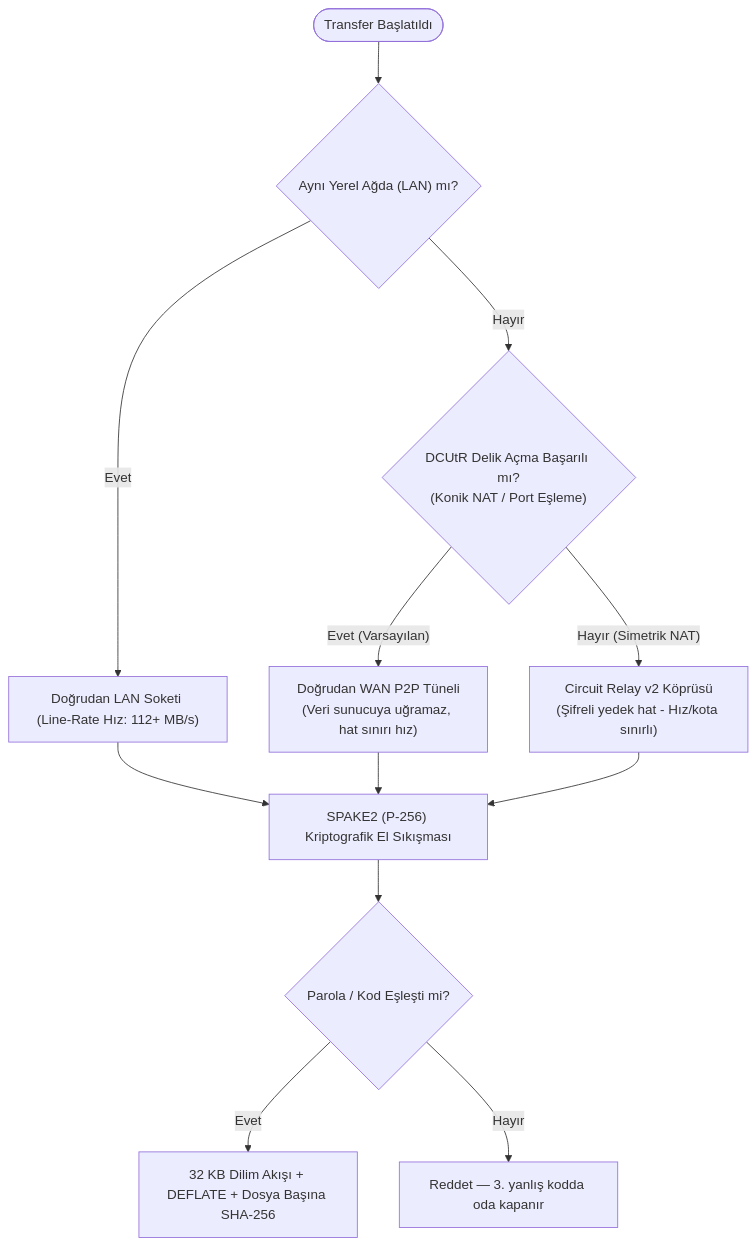
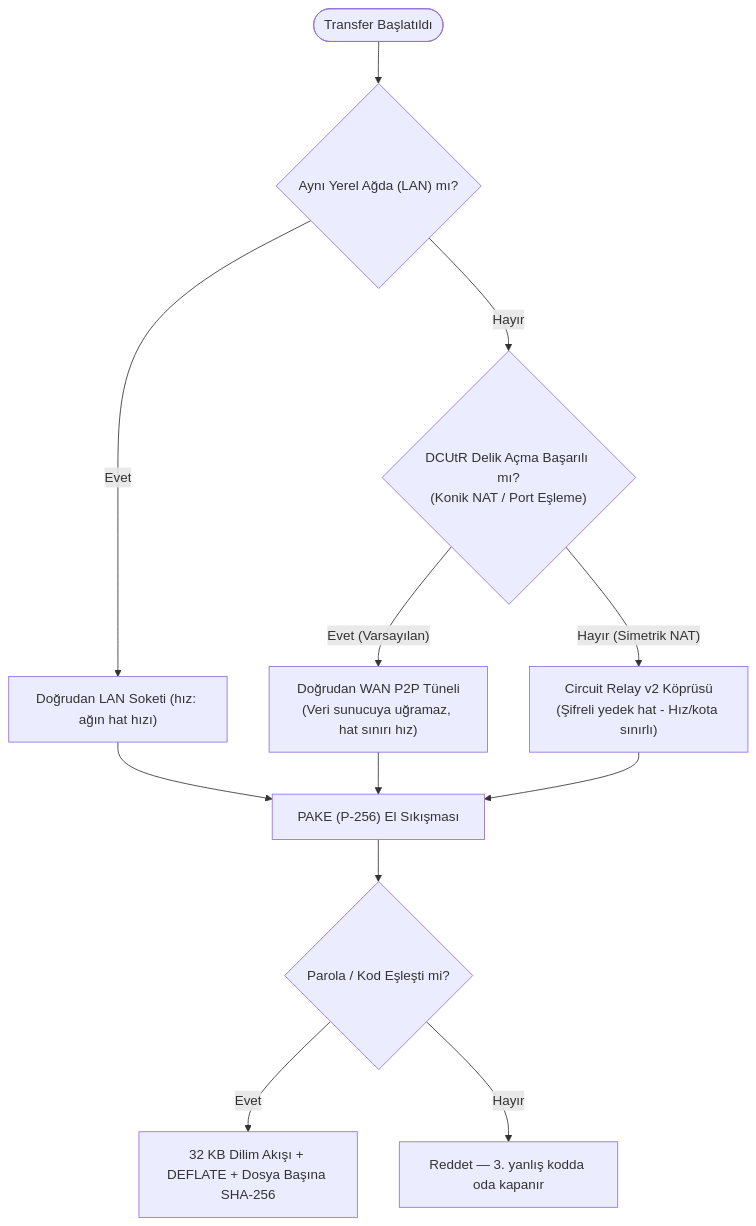
The third of 3 diagrams in docs/ARCHITECTURE.md (Baaaki/P2P-FileTransfer-Project), drawn with Mermaid before and after one commit. The commit also changed other lines of this file and 2 other files, not shown here.

First line of the commit message:
docs: describe the handshake as PAKE and the relay as a real fallback

````diff
--- a/docs/ARCHITECTURE.md
+++ b/docs/ARCHITECTURE.md
@@ -94,18 +94,18 @@
 ```mermaid
 flowchart TD
     Start(["Transfer Başlatıldı"]) --> DirectLAN{"Aynı Yerel Ağda (LAN) mı?"}
     
-    DirectLAN -- "Evet" --> UseLAN["Doğrudan LAN Soketi (Line-Rate Hız: 112+ MB/s)"]
+    DirectLAN -- "Evet" --> UseLAN["Doğrudan LAN Soketi (hız: ağın hat hızı)"]
     DirectLAN -- "Hayır" --> HolePunch{"DCUtR Delik Açma Başarılı mı?<br/>(Konik NAT / Port Eşleme)"}
     
     HolePunch -- "Evet (Varsayılan)" --> UseDirectWAN["Doğrudan WAN P2P Tüneli<br/>(Veri sunucuya uğramaz, hat sınırı hız)"]
     HolePunch -- "Hayır (Simetrik NAT)" --> RelayFallback["Circuit Relay v2 Köprüsü<br/>(Şifreli yedek hat - Hız/kota sınırlı)"]
 
-    UseLAN --> StartCrypto["SPAKE2 (P-256) Kriptografik El Sıkışması"]
+    UseLAN --> StartCrypto["PAKE (P-256) El Sıkışması"]
     UseDirectWAN --> StartCrypto
     RelayFallback --> StartCrypto
 
     StartCrypto --> VerifyAuth{"Parola / Kod Eşleşti mi?"}
     VerifyAuth -- "Evet" --> TransferStream["32 KB Dilim Akışı + DEFLATE + Dosya Başına SHA-256"]
     VerifyAuth -- "Hayır" --> DropConn["Reddet — 3. yanlış kodda oda kapanır"]
 ```
````
